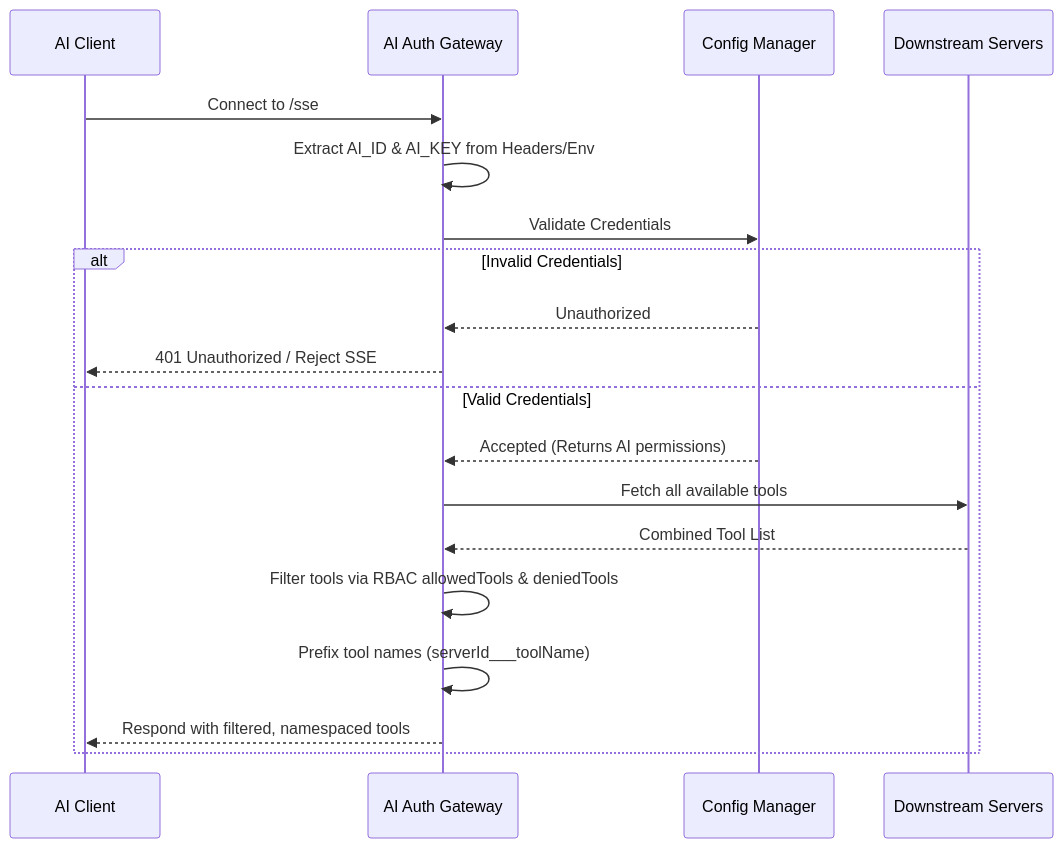
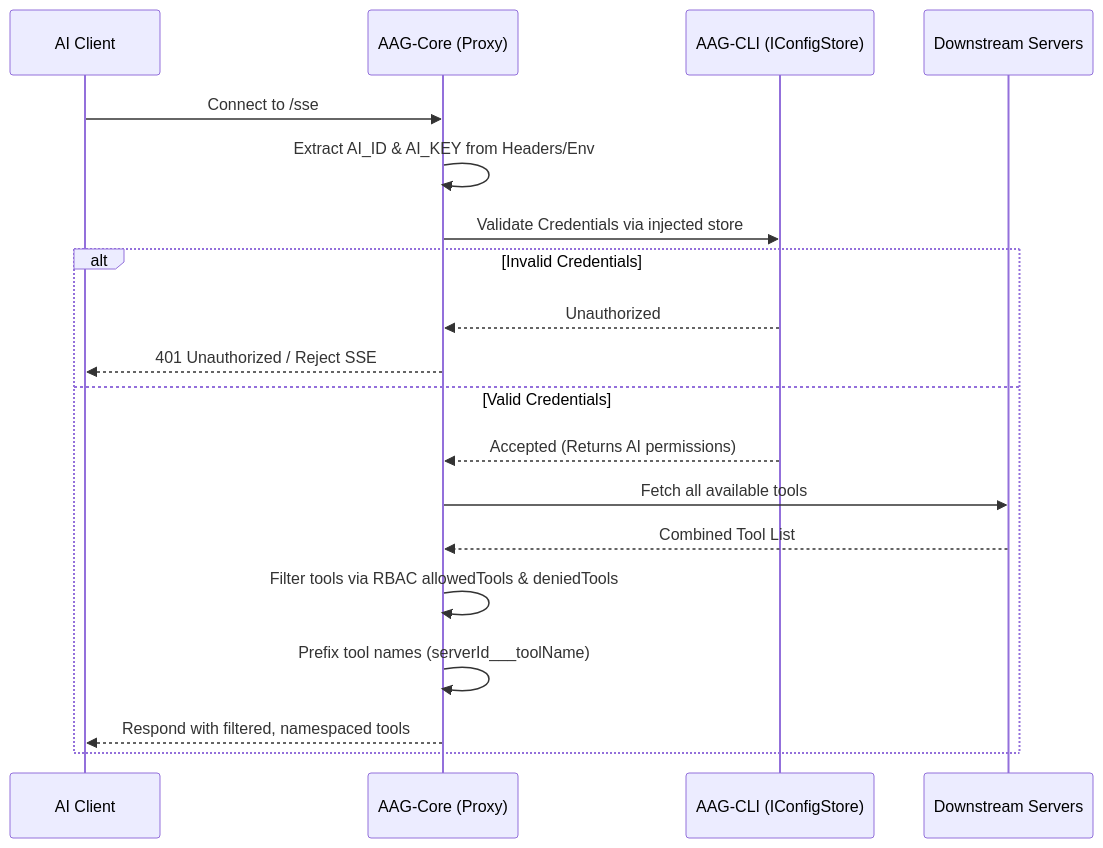
The second of 3 diagrams in ARCHITECTURE.md (Cyber-Sec-Space/ai-auth-gateway), drawn with Mermaid before and after one commit. The commit also changed other lines of this file and 25 other files, not shown here.

Commit message:
chore(core): completely modularize AAG-Core into NPM workspace with dependency injection and update docs

````diff
--- a/ARCHITECTURE.md
+++ b/ARCHITECTURE.md
@@ -81,22 +82,22 @@
 ```mermaid
 sequenceDiagram
     participant AI as AI Client
-    participant GW as AI Auth Gateway
-    participant CFG as Config Manager
+    participant Core as AAG-Core (Proxy)
+    participant CFG as AAG-CLI (IConfigStore)
     participant MCP as Downstream Servers
 
-    AI->>GW: Connect to /sse
-    GW->>GW: Extract AI_ID & AI_KEY from Headers/Env
-    GW->>CFG: Validate Credentials
+    AI->>Core: Connect to /sse
+    Core->>Core: Extract AI_ID & AI_KEY from Headers/Env
+    Core->>CFG: Validate Credentials via injected store
     alt Invalid Credentials
-        CFG-->>GW: Unauthorized
-        GW-->>AI: 401 Unauthorized / Reject SSE
+        CFG-->>Core: Unauthorized
+        Core-->>AI: 401 Unauthorized / Reject SSE
     else Valid Credentials
-        CFG-->>GW: Accepted (Returns AI permissions)
-        GW->>MCP: Fetch all available tools
-        MCP-->>GW: Combined Tool List
-        GW->>GW: Filter tools via RBAC allowedTools & deniedTools
-        GW->>GW: Prefix tool names (serverId___toolName)
-        GW-->>AI: Respond with filtered, namespaced tools
+        CFG-->>Core: Accepted (Returns AI permissions)
+        Core->>MCP: Fetch all available tools
+        MCP-->>Core: Combined Tool List
+        Core->>Core: Filter tools via RBAC allowedTools & deniedTools
+        Core->>Core: Prefix tool names (serverId___toolName)
+        Core-->>AI: Respond with filtered, namespaced tools
     end
 ```
````
